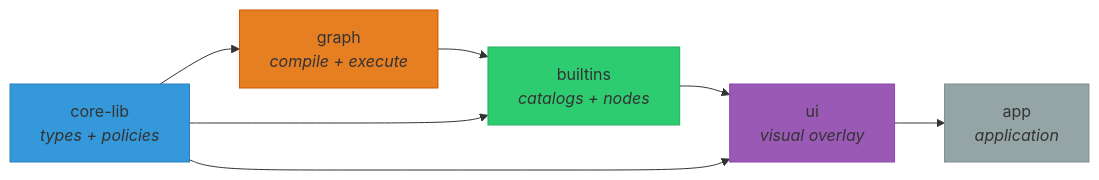
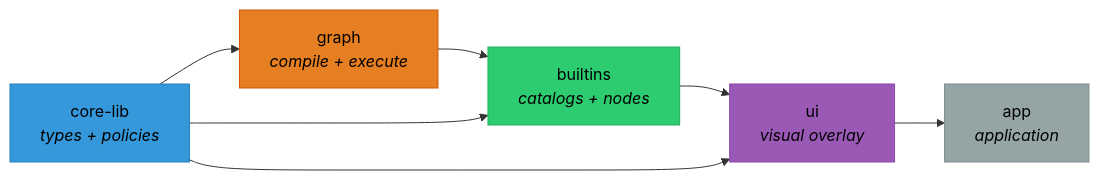
The fourth of 4 diagrams in src/content/blog/2026-03-22-xtranodly-simplification-arc.md (sinkyl/sinkyl.github.io), drawn with Mermaid before and after one commit. The commit also changed other lines of this file and 1 other file, not shown here.

Commit message:
readable text within mermaid filled boxes

````diff
--- a/src/content/blog/2026-03-22-xtranodly-simplification-arc.md
+++ b/src/content/blog/2026-03-22-xtranodly-simplification-arc.md
@@ -210,18 +210,18 @@
 ```mermaid
 graph LR
   CL["core-lib<br/><i>types + policies</i>"]
   G["graph<br/><i>compile + execute</i>"]
   B["builtins<br/><i>catalogs + nodes</i>"]
   UI["ui<br/><i>visual overlay</i>"]
   APP["app<br/><i>application</i>"]
 
   CL --> G --> B --> UI --> APP
   CL --> B
   CL --> UI
 
-  style CL fill:#3498db,stroke:#2980b9
-  style G fill:#e67e22,stroke:#d35400
-  style B fill:#2ecc71,stroke:#27ae60
-  style UI fill:#9b59b6,stroke:#8e44ad
-  style APP fill:#95a5a6,stroke:#7f8c8d
+  style CL fill:#3498db,stroke:#2980b9,color:#000
+  style G fill:#e67e22,stroke:#d35400,color:#000
+  style B fill:#2ecc71,stroke:#27ae60,color:#000
+  style UI fill:#9b59b6,stroke:#8e44ad,color:#000
+  style APP fill:#95a5a6,stroke:#7f8c8d,color:#000
 ```
````
